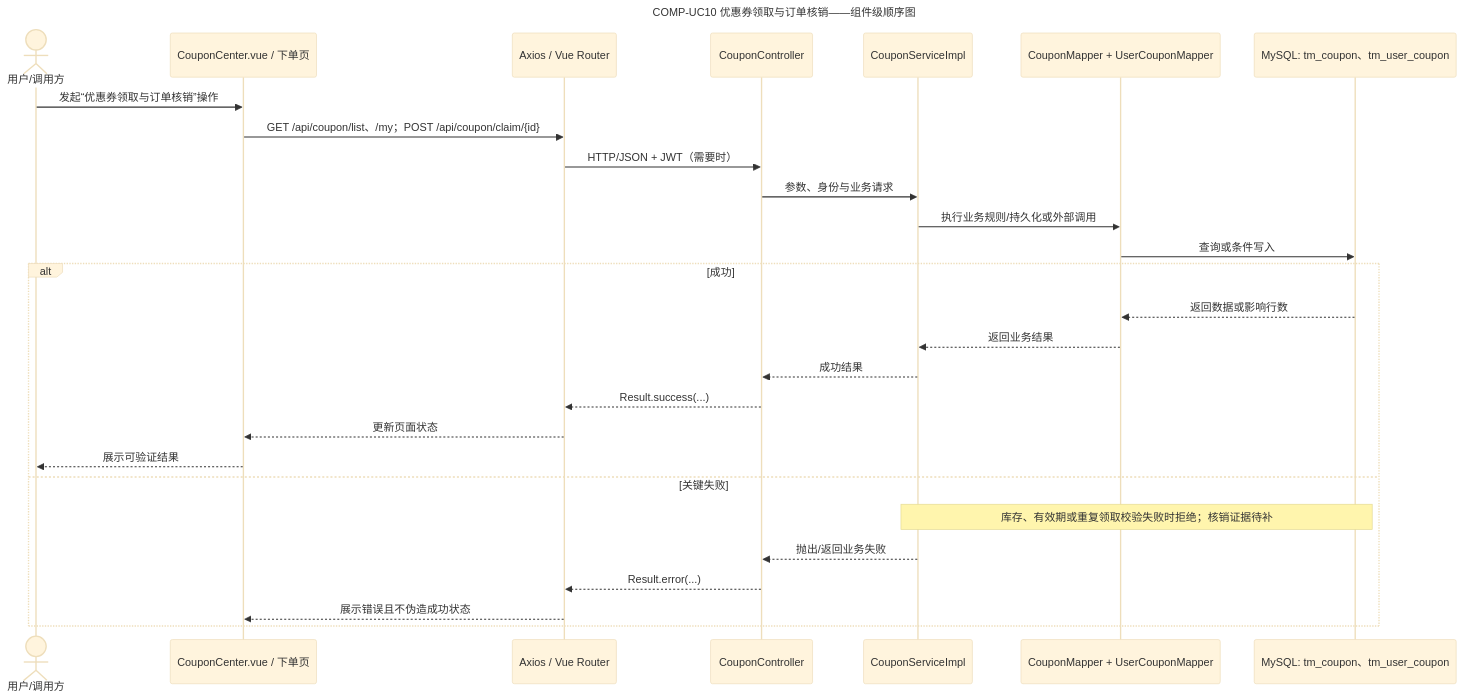
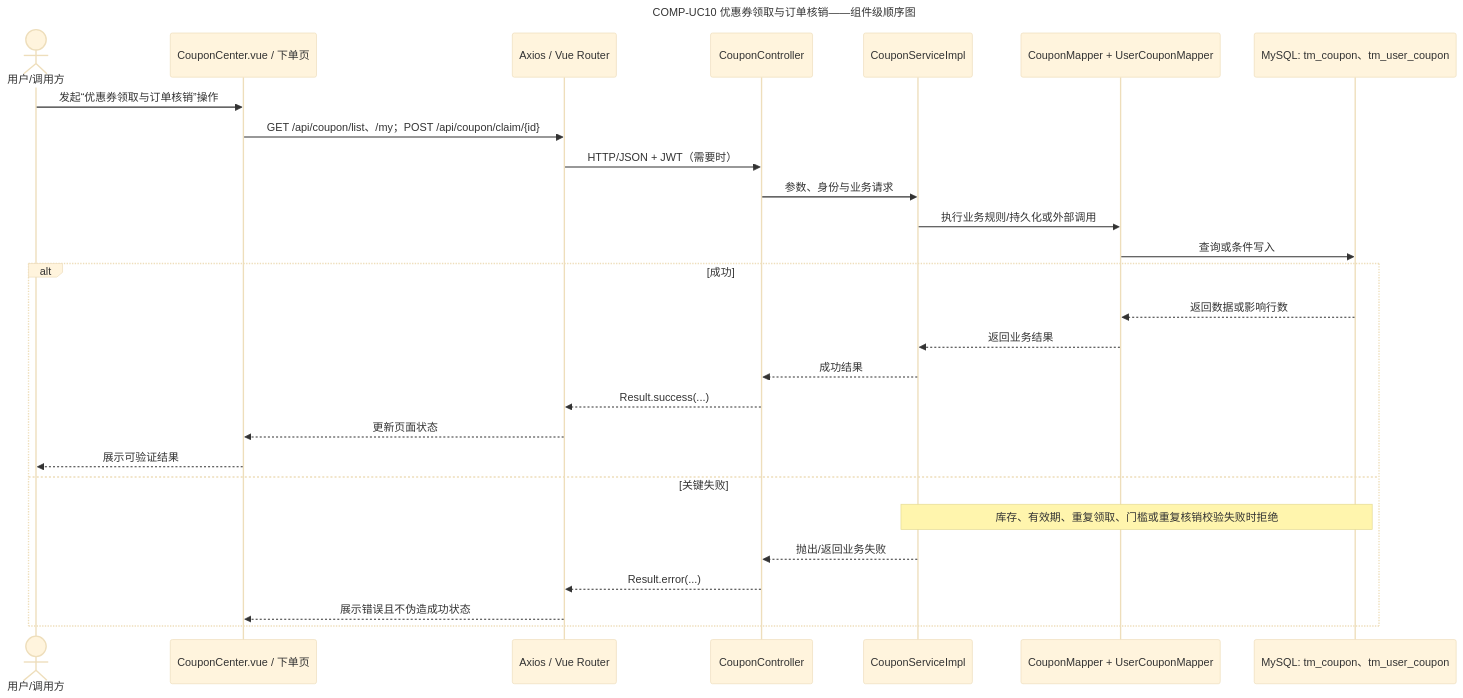
One commit to Miracle060811/Software_engineering changed the diagram in 02_docs/概要设计说明/source/COMP-UC10_优惠券领取与订单核销.mmd. Above: the diagram before and after it, drawn with Mermaid (base theme). The commit also changed 55 other files, not shown here.

Commit message:
docs: 同步最终交付文档与设计图

```diff
--- a/02_docs/概要设计说明/source/COMP-UC10_优惠券领取与订单核销.mmd
+++ b/02_docs/概要设计说明/source/COMP-UC10_优惠券领取与订单核销.mmd
@@ -1,28 +1,28 @@
 sequenceDiagram
     title COMP-UC10 优惠券领取与订单核销——组件级顺序图
     actor User as 用户/调用方
     participant Page as CouponCenter.vue / 下单页
     participant API as Axios / Vue Router
     participant Controller as CouponController
     participant Service as CouponServiceImpl
     participant Dependency as CouponMapper + UserCouponMapper
     participant Data as MySQL: tm_coupon、tm_user_coupon
     User->>Page: 发起“优惠券领取与订单核销”操作
     Page->>API: GET /api/coupon/list、/my；POST /api/coupon/claim/{id}
     API->>Controller: HTTP/JSON + JWT（需要时）
     Controller->>Service: 参数、身份与业务请求
     Service->>Dependency: 执行业务规则/持久化或外部调用
     Dependency->>Data: 查询或条件写入
     alt 成功
       Data-->>Dependency: 返回数据或影响行数
       Dependency-->>Service: 返回业务结果
       Service-->>Controller: 成功结果
       Controller-->>API: Result.success(...)
       API-->>Page: 更新页面状态
       Page-->>User: 展示可验证结果
     else 关键失败
-      Note over Service,Data: 库存、有效期或重复领取校验失败时拒绝；核销证据待补
+      Note over Service,Data: 库存、有效期、重复领取、门槛或重复核销校验失败时拒绝
       Service-->>Controller: 抛出/返回业务失败
       Controller-->>API: Result.error(...)
       API-->>Page: 展示错误且不伪造成功状态
     end
```
